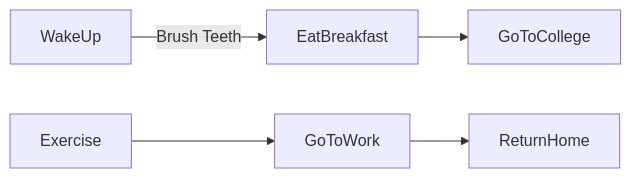
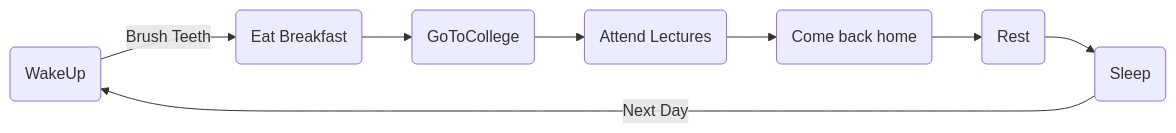
The second of 8 diagrams in README.md (singhanmolpreet/mermaids), drawn with Mermaid before and after one commit.

````diff
--- a/README.md
+++ b/README.md
@@ -15,7 +15,10 @@
 ``` mermaid
 flowchart LR
-    WakeUp -- Brush Teeth -->EatBreakfast
-    EatBreakfast-->GoToCollege
-    Exercise-->GoToWork
-    GoToWork-->ReturnHome
+    A(WakeUp) -- Brush Teeth --> B(Eat Breakfast)
+    B-->C(GoToCollege)
+    C --> D(Attend Lectures)
+    D --> E(Come back home)
+    E --> F(Rest)
+    F --> G(Sleep)
+    G -- Next Day --> A
 ```
````
